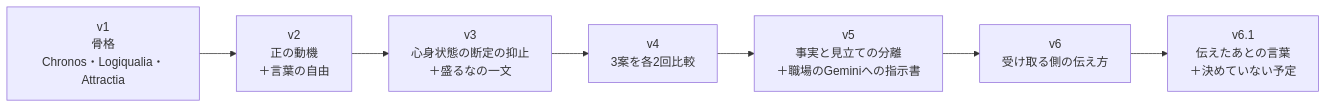
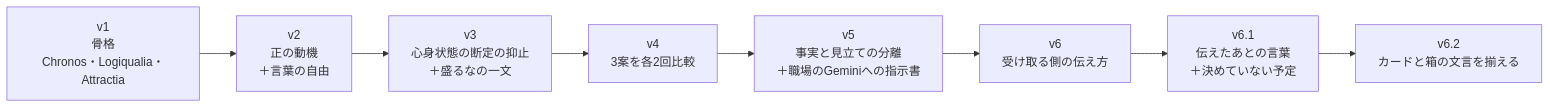
One commit to projectLEAN727/Inert changed the third of 5 diagrams in README.md. Above: the diagram before and after it, drawn with Mermaid. The commit also changed other lines of this file and 5 other files, not shown here.

````diff
--- a/README.md
+++ b/README.md
@@ -215,9 +216,10 @@
 ```mermaid
 flowchart LR
     V1["v1<br>骨格<br>Chronos・Logiqualia・Attractia"] --> V2["v2<br>正の動機<br>＋言葉の自由"]
     V2 --> V3["v3<br>心身状態の断定の抑止<br>＋盛るなの一文"]
     V3 --> V4["v4<br>3案を各2回比較"]
     V4 --> V5["v5<br>事実と見立ての分離<br>＋職場のGeminiへの指示書"]
     V5 --> V6["v6<br>受け取る側の伝え方"]
     V6 --> V61["v6.1<br>伝えたあとの言葉<br>＋決めていない予定"]
+    V61 --> V62["v6.2<br>カードと箱の文言を揃える"]
 ```
````
